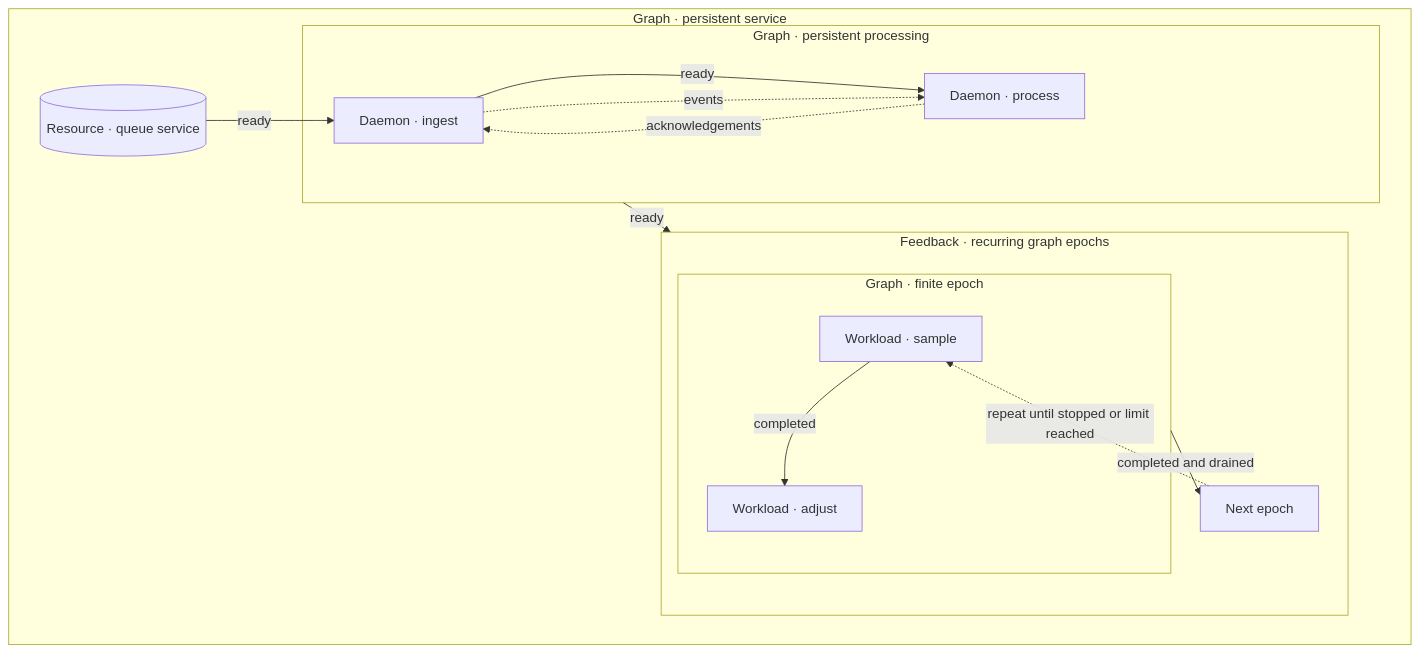
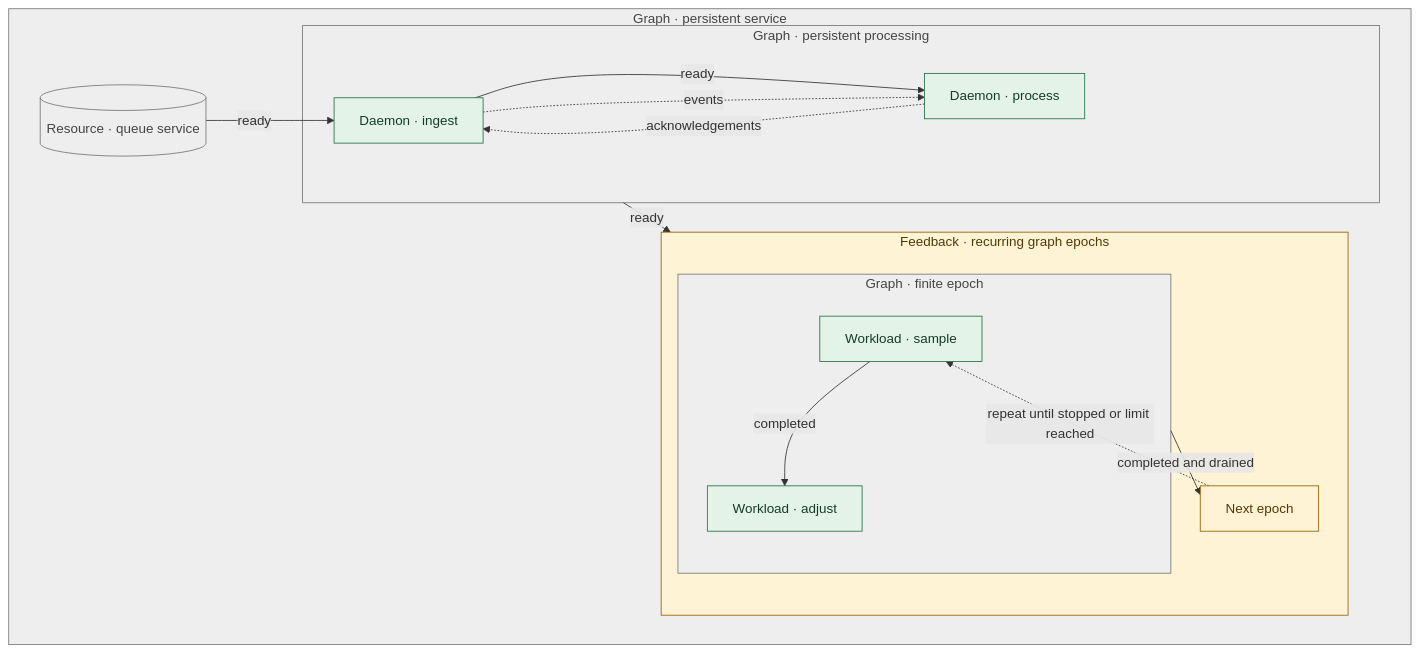
The fifth of 5 diagrams in README.md (astrivant/polyad), drawn with Mermaid before and after one commit. The commit also changed other lines of this file and 130 other files, not shown here.

````diff
--- a/README.md
+++ b/README.md
@@ -40,26 +211,36 @@
 ```mermaid
 flowchart LR
     subgraph system["Graph · persistent service"]
         direction LR
         queue[("Resource · queue service")]
         subgraph service["Graph · persistent processing"]
             ingest["Daemon · ingest"]
             process["Daemon · process"]
             ingest -->|ready| process
             ingest -.->|events| process
             process -.->|acknowledgements| ingest
         end
         subgraph feedback["Feedback · recurring graph epochs"]
             subgraph epoch["Graph · finite epoch"]
                 sample["Workload · sample"]
                 adjust["Workload · adjust"]
                 sample -->|completed| adjust
             end
             next["Next epoch"]
             epoch -->|completed and drained| next
             next -.->|repeat until stopped or limit reached| sample
         end
         queue -->|ready| ingest
         service -->|ready| feedback
     end
+    classDef execution fill:#e3f3e8,stroke:#247047,color:#163b29
+    classDef recurrence fill:#fff3d6,stroke:#926000,color:#513900
+    classDef resource fill:#eeeeee,stroke:#777777,color:#444444
+    class ingest,process,sample,adjust execution
+    class next recurrence
+    class queue resource
+    style system fill:#eeeeee,stroke:#777777,color:#444444
+    style service fill:#eeeeee,stroke:#777777,color:#444444
+    style feedback fill:#fff3d6,stroke:#926000,color:#513900
+    style epoch fill:#eeeeee,stroke:#777777,color:#444444
 ```
````
